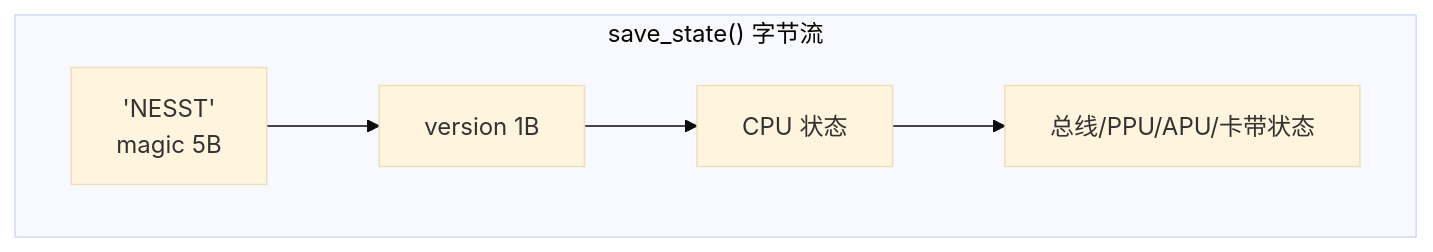
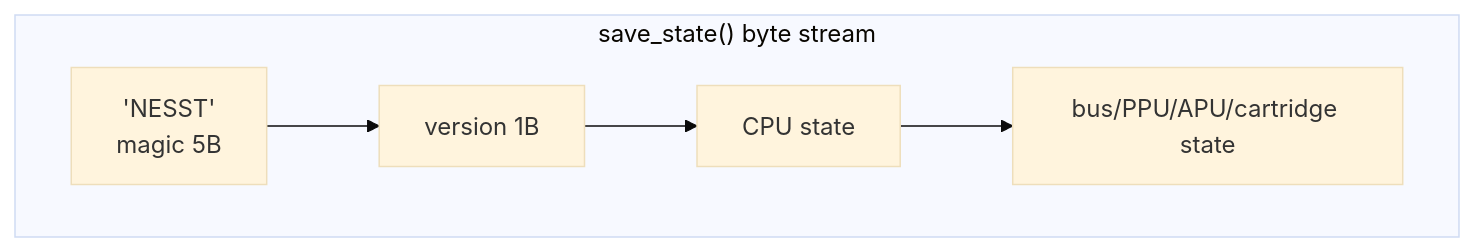
The eighth of 13 diagrams in docs/architecture.md (YufJi/nes-emulator), drawn with Mermaid (base theme) before and after one commit. The commit also changed other lines of this file and 8 other files, not shown here.

````diff
--- a/docs/architecture.md
+++ b/docs/architecture.md
@@ -441,7 +473,7 @@
 ```mermaid
 flowchart LR
-    subgraph Blob["save_state() 字节流"]
+    subgraph Blob["save_state() byte stream"]
         direction LR
-        M["'NESST'<br/>magic 5B"] --> V["version 1B"] --> C["CPU 状态"] --> B["总线/PPU/APU/卡带状态"]
+        M["'NESST'<br/>magic 5B"] --> V["version 1B"] --> C["CPU state"] --> B["bus/PPU/APU/cartridge state"]
     end
 ```
````
